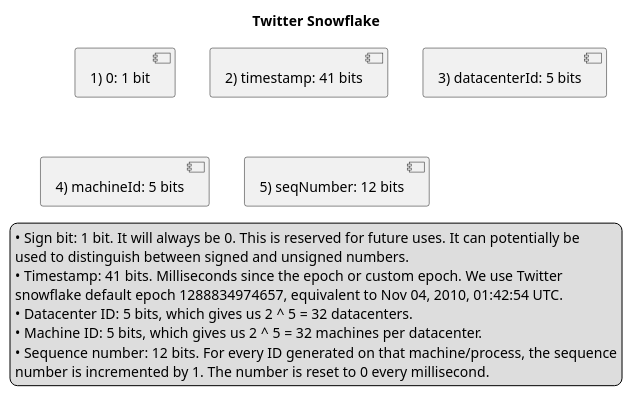
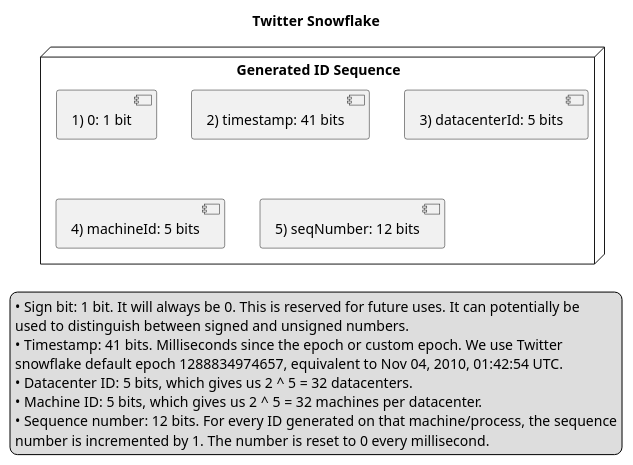
One commit to AndreiYu/systems_design changed the diagram in id_generator/snowflake.puml. Above: the diagram before and after it, drawn with PlantUML.

Commit message:
add id_generator

```diff
--- a/id_generator/snowflake.puml
+++ b/id_generator/snowflake.puml
@@ -1,32 +1,34 @@
 @startuml
 'https://plantuml.com/component-diagram
 
 title "Twitter Snowflake"
 
-component 1 [
-    1) 0: 1 bit
-]
-component 2 [
-    2) timestamp: 41 bits
-]
-component 3 [
-    3) datacenterId: 5 bits
-]
-component 4 [
-    4) machineId: 5 bits
-]
-component 5 [
-    5) seqNumber: 12 bits
-]
+node "Generated ID Sequence" {
+    component 1 [
+        1) 0: 1 bit
+    ]
+    component 2 [
+        2) timestamp: 41 bits
+    ]
+    component 3 [
+        3) datacenterId: 5 bits
+    ]
+    component 4 [
+        4) machineId: 5 bits
+    ]
+    component 5 [
+        5) seqNumber: 12 bits
+    ]
+}
 
 legend
     • Sign bit: 1 bit. It will always be 0. This is reserved for future uses. It can potentially be
     used to distinguish between signed and unsigned numbers.
     • Timestamp: 41 bits. Milliseconds since the epoch or custom epoch. We use Twitter
     snowflake default epoch 1288834974657, equivalent to Nov 04, 2010, 01:42:54 UTC.
     • Datacenter ID: 5 bits, which gives us 2 ^ 5 = 32 datacenters.
     • Machine ID: 5 bits, which gives us 2 ^ 5 = 32 machines per datacenter.
     • Sequence number: 12 bits. For every ID generated on that machine/process, the sequence
     number is incremented by 1. The number is reset to 0 every millisecond.
 end legend
 @enduml
```
